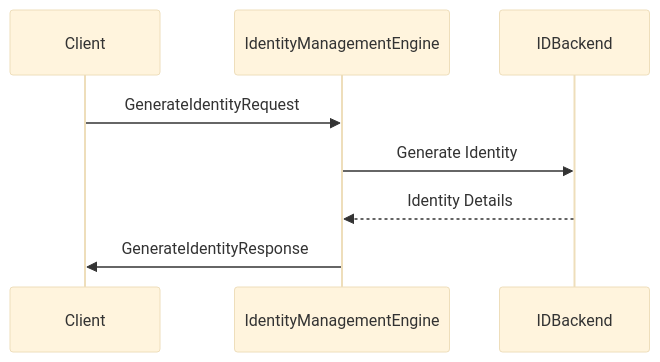
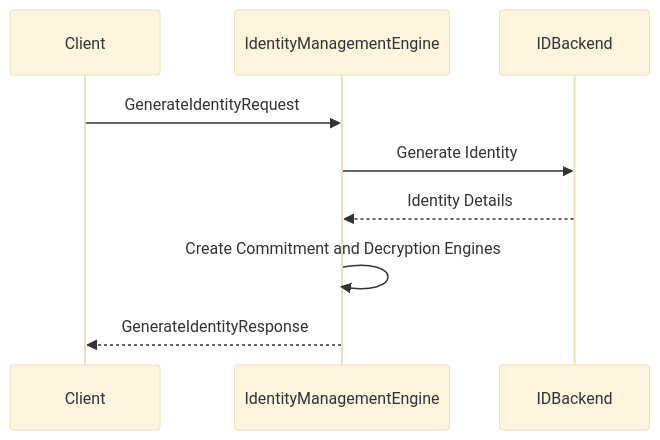
The diagram in docs/node_architecture/engines/identity_management_overview.juvix.md (anoma/nspec), drawn with Mermaid (base theme) before and after one commit. The commit also changed other lines of this file and 31 other files, not shown here.

````diff
--- a/docs/node_architecture/engines/identity_management_overview.juvix.md
+++ b/docs/node_architecture/engines/identity_management_overview.juvix.md
@@ -160,10 +169,12 @@
 ```mermaid
 sequenceDiagram
     participant Client
     participant IdentityManagementEngine
+    participant IDBackend
 
     Client ->> IdentityManagementEngine: GenerateIdentityRequest
     IdentityManagementEngine ->> IDBackend: Generate Identity
     IDBackend -->> IdentityManagementEngine: Identity Details
-    IdentityManagementEngine ->> Client: GenerateIdentityResponse
+    IdentityManagementEngine ->> IdentityManagementEngine: Create Commitment and Decryption Engines
+    IdentityManagementEngine -->> Client: GenerateIdentityResponse
 ```
````
